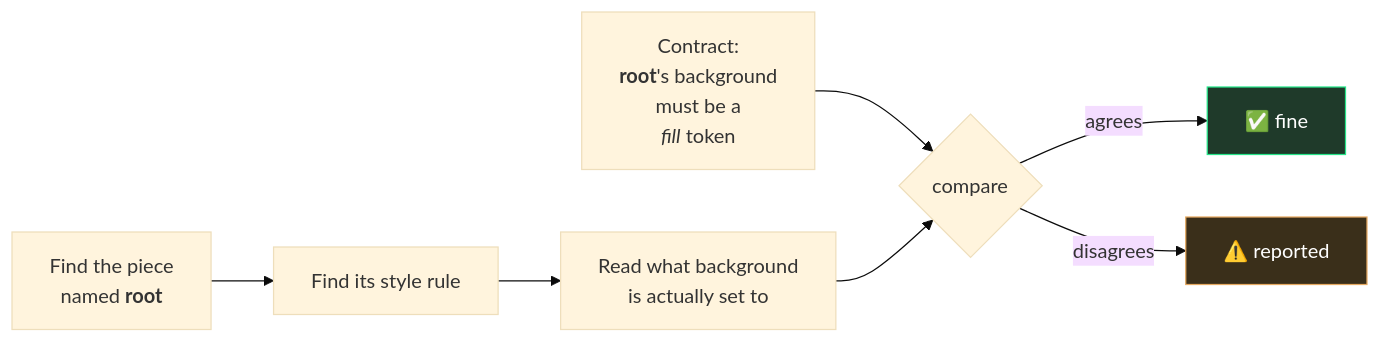
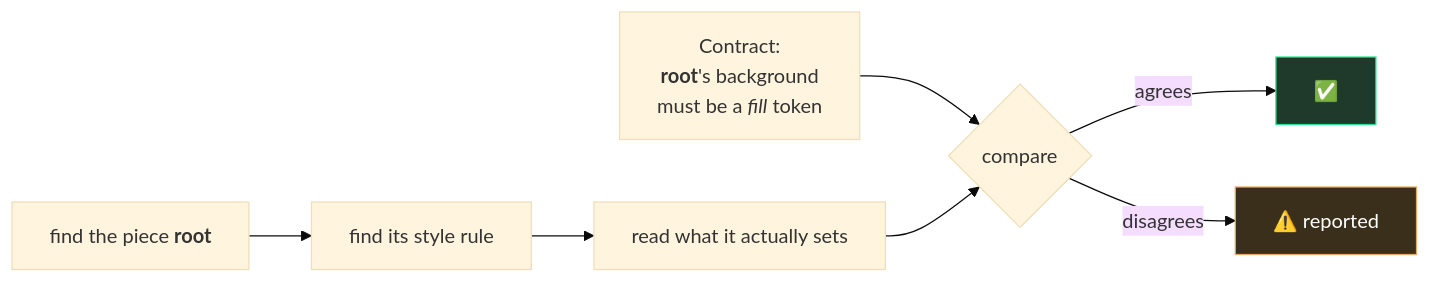
Before and after one commit to cris-achiardi/weave-ds-template: the first of 2 diagrams in docs/documentation/04-tokens-and-paint.md, drawn with Mermaid (base theme). The commit also changed other lines of this file and 6 other files, not shown here.

````diff
--- a/docs/documentation/04-tokens-and-paint.md
+++ b/docs/documentation/04-tokens-and-paint.md
@@ -57,11 +45,9 @@
 ```mermaid
 flowchart LR
-  A["Contract:<br/><b>root</b>'s background<br/>must be a<br/><i>fill</i> token"] --> Z{compare}
-  B["Find the piece<br/>named <b>root</b>"] --> C["Find its style rule"]
-  C --> D["Read what background<br/>is actually set to"]
-  D --> Z
-  Z -->|"agrees"| OK["✅ fine"]
-  Z -->|"disagrees"| BAD["⚠️ reported"]
+  A["Contract:<br/><b>root</b>'s background<br/>must be a <i>fill</i> token"] --> Z{compare}
+  B["find the piece <b>root</b>"] --> C["find its style rule"] --> D["read what it actually sets"] --> Z
+  Z -->|agrees| OK["✅"]
+  Z -->|disagrees| BAD["⚠️ reported"]
   style OK fill:#1f3a2a,stroke:#26e589,color:#fff
   style BAD fill:#3a2f1a,stroke:#e5a961,color:#fff
 ```
````
